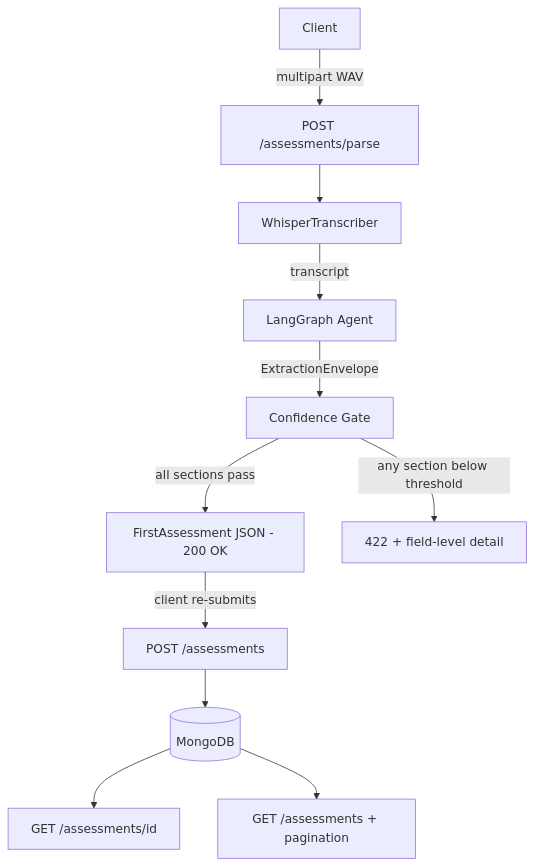
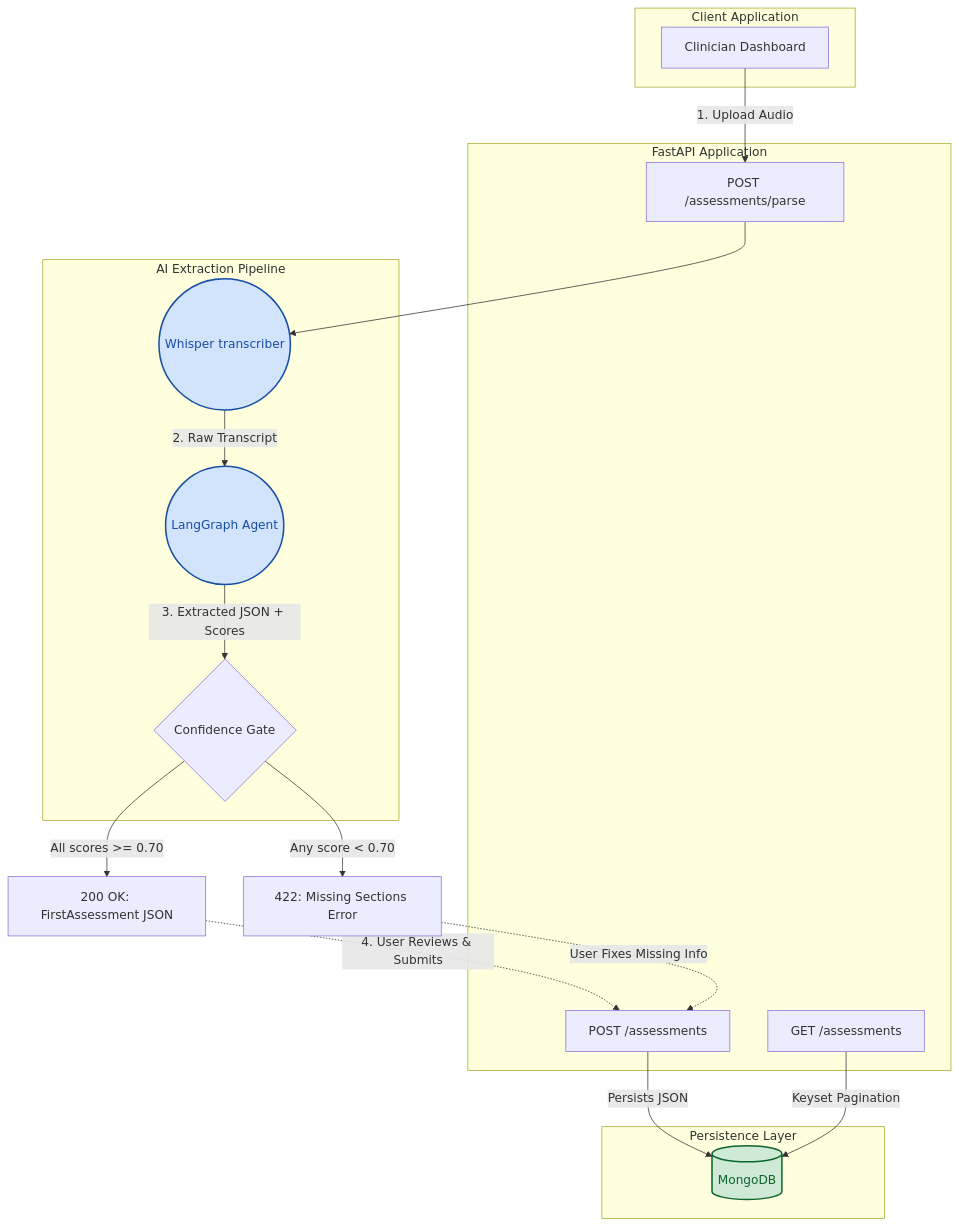
One commit to Chris-healthflex/assignments changed the diagram in README.md. Above: the diagram before and after it, drawn with Mermaid.

Commit message:
docs: improve architecture diagram with subgraphs and styling

````diff
--- a/README.md
+++ b/README.md
@@ -9,13 +9,42 @@
 ```mermaid
 flowchart TD
-    A[Client] -->|multipart WAV| B[POST /assessments/parse]
-    B --> C[WhisperTranscriber]
-    C -->|transcript| D[LangGraph Agent]
-    D -->|ExtractionEnvelope| E[Confidence Gate]
-    E -->|all sections pass| F[FirstAssessment JSON - 200 OK]
-    E -->|any section below threshold| G[422 + field-level detail]
-    F -->|client re-submits| H[POST /assessments]
-    H --> I[(MongoDB)]
-    I --> J[GET /assessments/id]
-    I --> K[GET /assessments + pagination]
+    subgraph Client [Client Application]
+        UI[Clinician Dashboard]
+    end
+
+    subgraph API [FastAPI Application]
+        POST_PARSE[POST /assessments/parse]
+        POST_SAVE[POST /assessments]
+        GET_API[GET /assessments]
+    end
+
+    subgraph ML_Pipeline [AI Extraction Pipeline]
+        Whisper((Whisper transcriber))
+        Graph((LangGraph Agent))
+        Gate{Confidence Gate}
+    end
+
+    subgraph Database [Persistence Layer]
+        Mongo[(MongoDB)]
+    end
+
+    UI -->|1. Upload Audio| POST_PARSE
+    POST_PARSE --> Whisper
+    Whisper -->|2. Raw Transcript| Graph
+    Graph -->|3. Extracted JSON + Scores| Gate
+    
+    Gate -- "All scores >= 0.70" --> Success[200 OK: FirstAssessment JSON]
+    Gate -- "Any score < 0.70" --> Error[422: Missing Sections Error]
+    
+    Success -.->|4. User Reviews & Submits| POST_SAVE
+    Error -.->|User Fixes Missing Info| POST_SAVE
+
+    POST_SAVE -->|Persists JSON| Mongo
+    GET_API -->|Keyset Pagination| Mongo
+
+    %% Aesthetics
+    classDef ai fill:#D2E3FC,stroke:#174EA6,stroke-width:2px,color:#174EA6;
+    class Whisper,Graph ai;
+    classDef db fill:#CEEAD6,stroke:#0D652D,stroke-width:2px,color:#0D652D;
+    class Mongo db;
 ```
````
